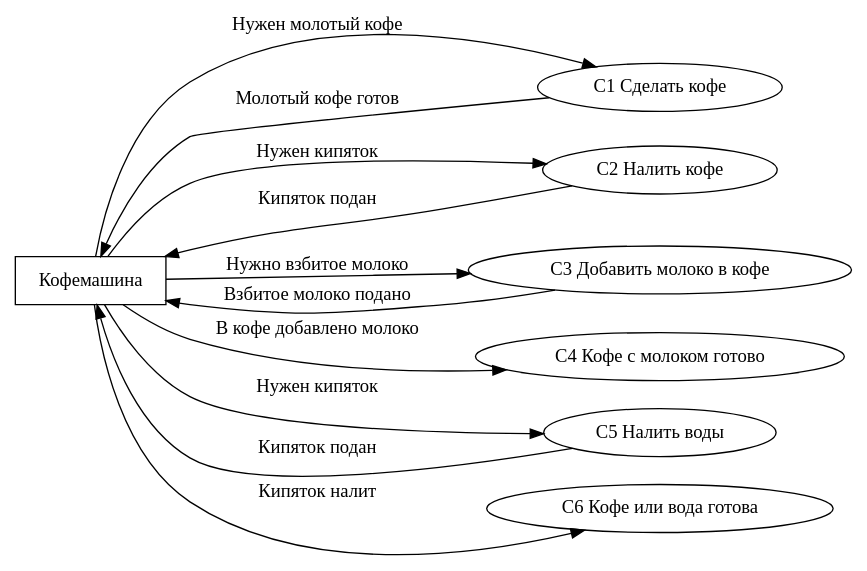
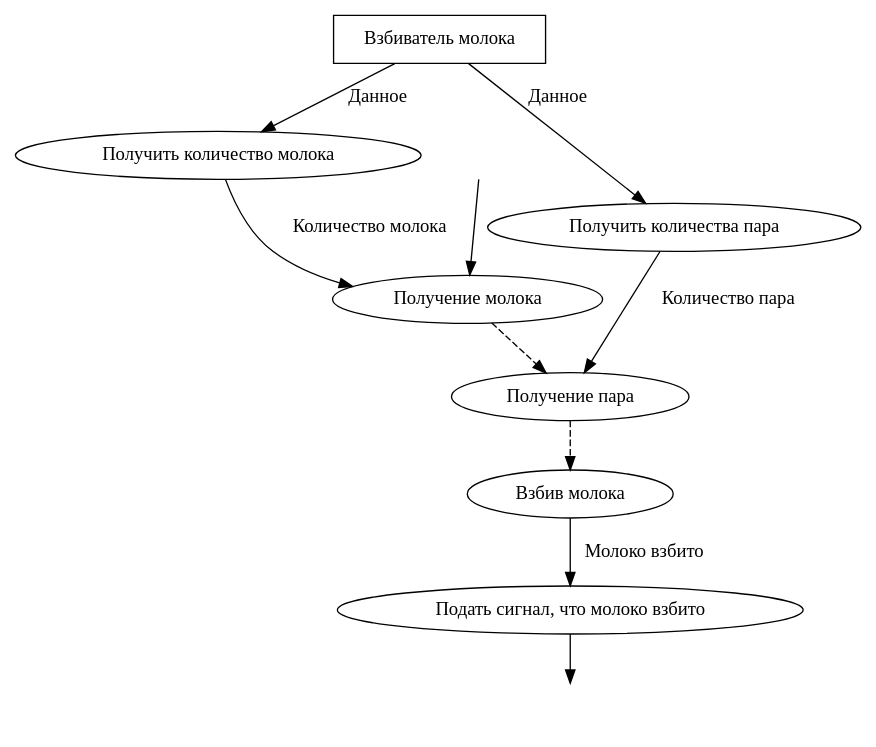
The diagram in lab_05/ДПДД.gv (bmstu-ics7/object-oriented-programming), drawn with Graphviz before and after one commit. The commit also changed 8 other files, not shown here.

```diff
--- a/lab_05/ДПДД.gv
+++ b/lab_05/ДПДД.gv
@@ -1,22 +1,22 @@
 digraph {
-    rankdir = LR
+    archive [shape=box, label="Взбиватель молока"]
+    getmilk [label="Получить количество молока"]
+    get [label="Получение молока"]
+    cloud [label="Получение пара"]
+    shake [label="Взбив молока"]
+    signal [shape=none, label=""]
+    getcloud [label="Получить количества пара"]
+    outsignal [label="Подать сигнал, что молоко взбито"]
+    out [shape=none, label=""]
+    start [shape=none, label=""]
 
-    coffe [shape=box, label="Кофемашина"]
-    first [label="C1 Сделать кофе"]
-    second [label="C2 Налить кофе"]
-    third [label="C3 Добавить молоко в кофе"]
-    fourth [label="C4 Кофе с молоком готово"]
-    fivth [label="C5 Налить воды"]
-    sixth [label="C6 Кофе или вода готова"]
-
-    coffe -> first [label="Нужен молотый кофе"]
-    first -> coffe [label="Молотый кофе готов"]
-    coffe -> second [label="Нужен кипяток"]
-    second -> coffe [label="Кипяток подан"]
-    coffe -> third [label="Нужно взбитое молоко"]
-    third -> coffe [label="Взбитое молоко подано"]
-    coffe -> fourth [label="В кофе добавлено молоко"]
-    coffe -> fivth [label="Нужен кипяток"]
-    fivth -> coffe [label="Кипяток подан"]
-    coffe -> sixth [label="Кипяток налит"]
+    cloud -> shake [style=dashed]
+    shake -> outsignal [label="Молоко взбито"]
+    archive -> getmilk [label="Данное"]
+    getmilk -> get [label="Количество молока"]
+    archive -> getcloud [label="Данное"]
+    getcloud -> cloud [label="Количество пара"]
+    get -> cloud [style=dashed]
+    outsignal -> out
+    start -> get
 }
```
